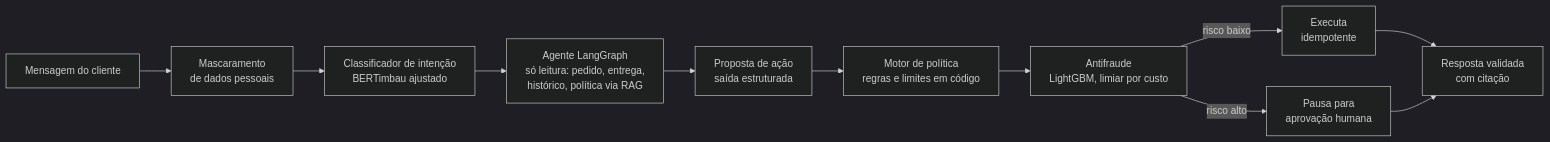
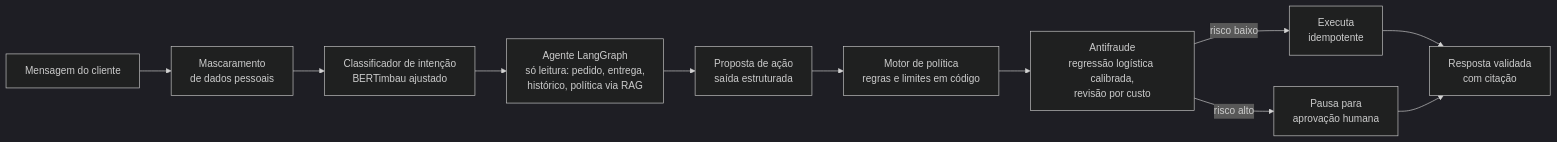
Before and after one commit to lucasg0m7s/deliverius-ai: the diagram in README.md, drawn with Mermaid (dark theme). The commit also changed other lines of this file and 12 other files, not shown here.

First line of the commit message:
docs(fraud): registra o relatório do antifraude e a escolha da regressão logística

````diff
--- a/README.md
+++ b/README.md
@@ -19,13 +19,13 @@
 ```mermaid
 flowchart LR
     M[Mensagem do cliente] --> P[Mascaramento<br/>de dados pessoais]
     P --> C[Classificador de intenção<br/>BERTimbau ajustado]
     C --> A[Agente LangGraph<br/>só leitura: pedido, entrega,<br/>histórico, política via RAG]
     A --> X[Proposta de ação<br/>saída estruturada]
     X --> R[Motor de política<br/>regras e limites em código]
-    R --> F[Antifraude<br/>LightGBM, limiar por custo]
+    R --> F[Antifraude<br/>regressão logística calibrada,<br/>revisão por custo]
     F -->|risco baixo| E[Executa<br/>idempotente]
     F -->|risco alto| H[Pausa para<br/>aprovação humana]
     E --> V[Resposta validada<br/>com citação]
     H --> V
 ```
````
